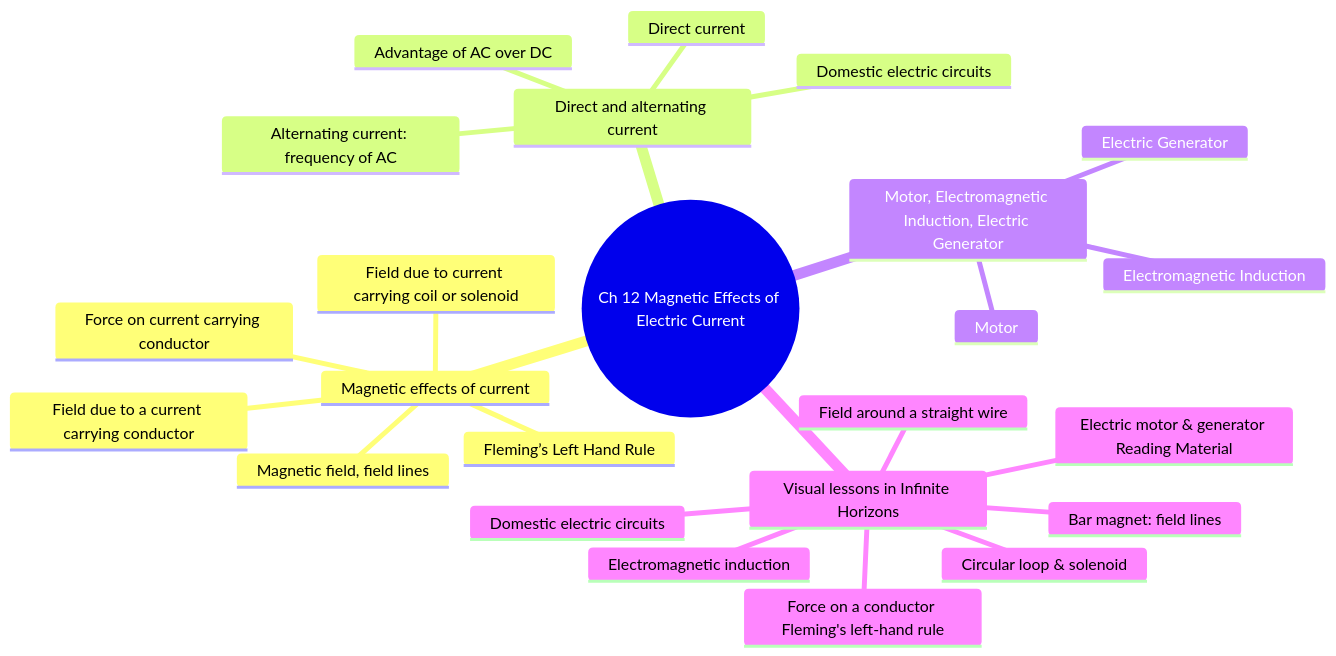
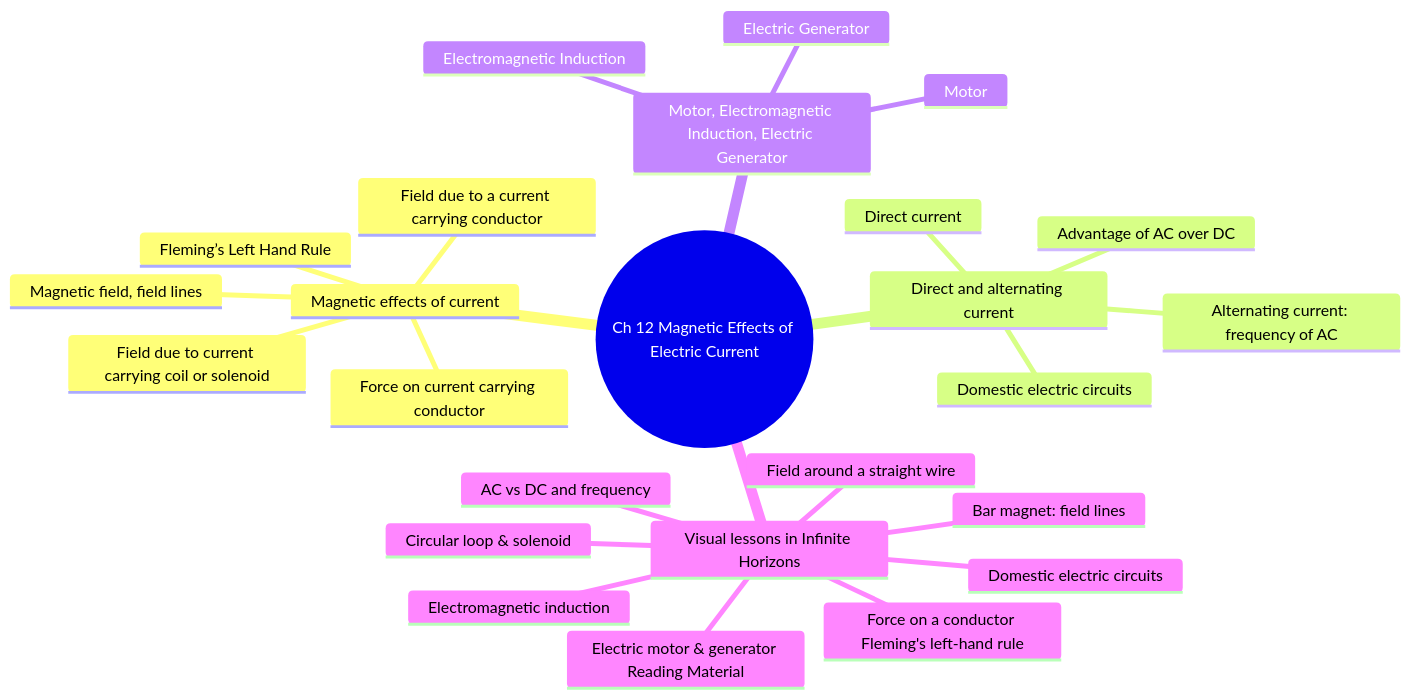
Before and after one commit to anveshix/ifinite-horizon: diagram 24 of 26 in docs/CHAPTER_MINDMAPS.md, drawn with Mermaid. The commit also changed other lines of this file and 15 other files, not shown here.

````diff
--- a/docs/CHAPTER_MINDMAPS.md
+++ b/docs/CHAPTER_MINDMAPS.md
@@ -807,27 +814,28 @@
 ```mermaid
 mindmap
   root((Ch 12 Magnetic Effects of Electric Current))
     Magnetic effects of current
       Magnetic field, field lines
       Field due to a current carrying conductor
       Field due to current carrying coil or solenoid
       Force on current carrying conductor
       Fleming’s Left Hand Rule
     Direct and alternating current
       Direct current
       Alternating current: frequency of AC
       Advantage of AC over DC
       Domestic electric circuits
     Motor, Electromagnetic Induction, Electric Generator
       Motor
       Electromagnetic Induction
       Electric Generator
     Visual lessons in Infinite Horizons
       Bar magnet: field lines
       Field around a straight wire
       Electromagnetic induction
       Circular loop & solenoid
       Force on a conductor Fleming's left-hand rule
       Domestic electric circuits
       Electric motor & generator Reading Material
+      AC vs DC and frequency
 ```
````
